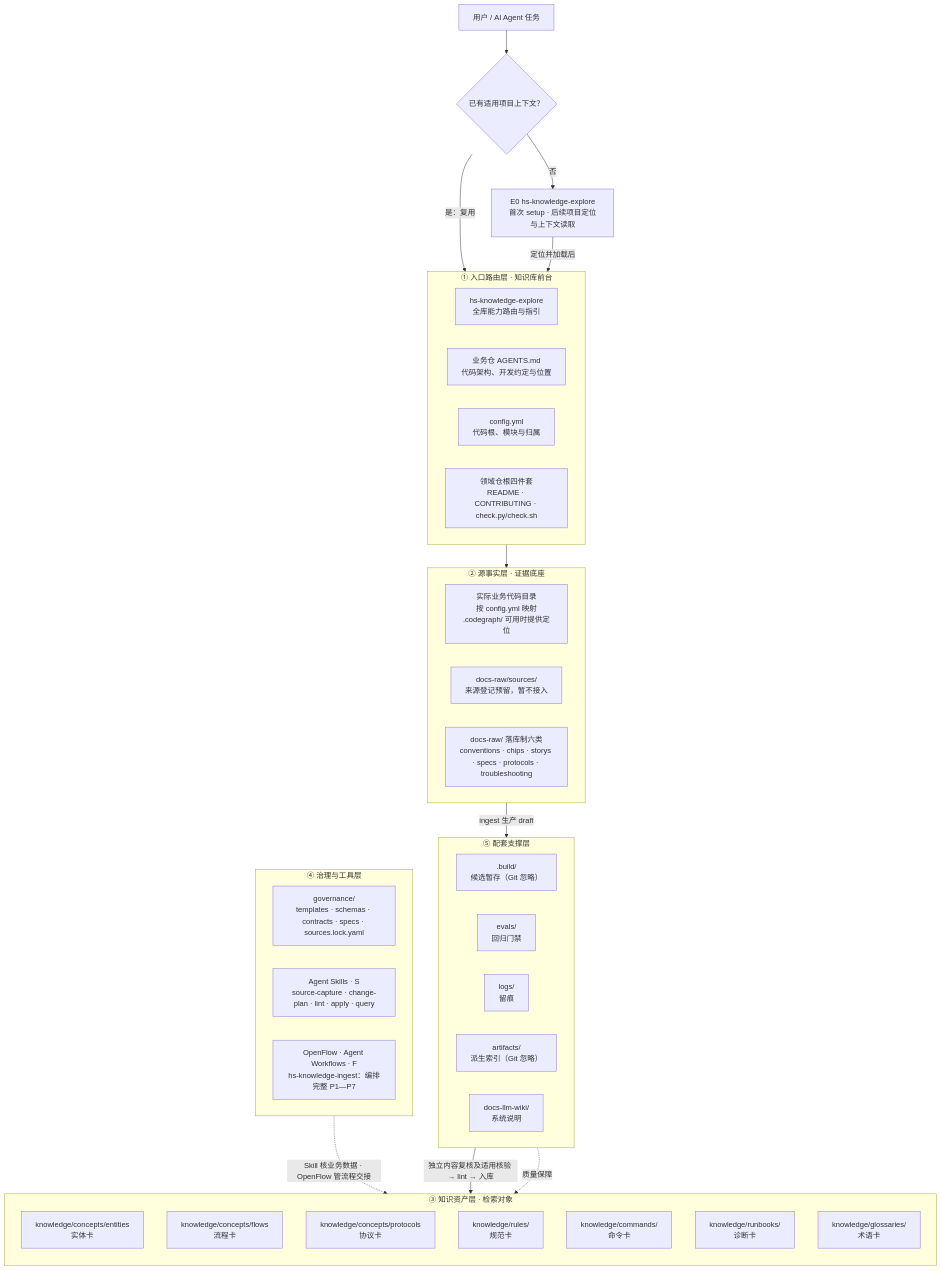
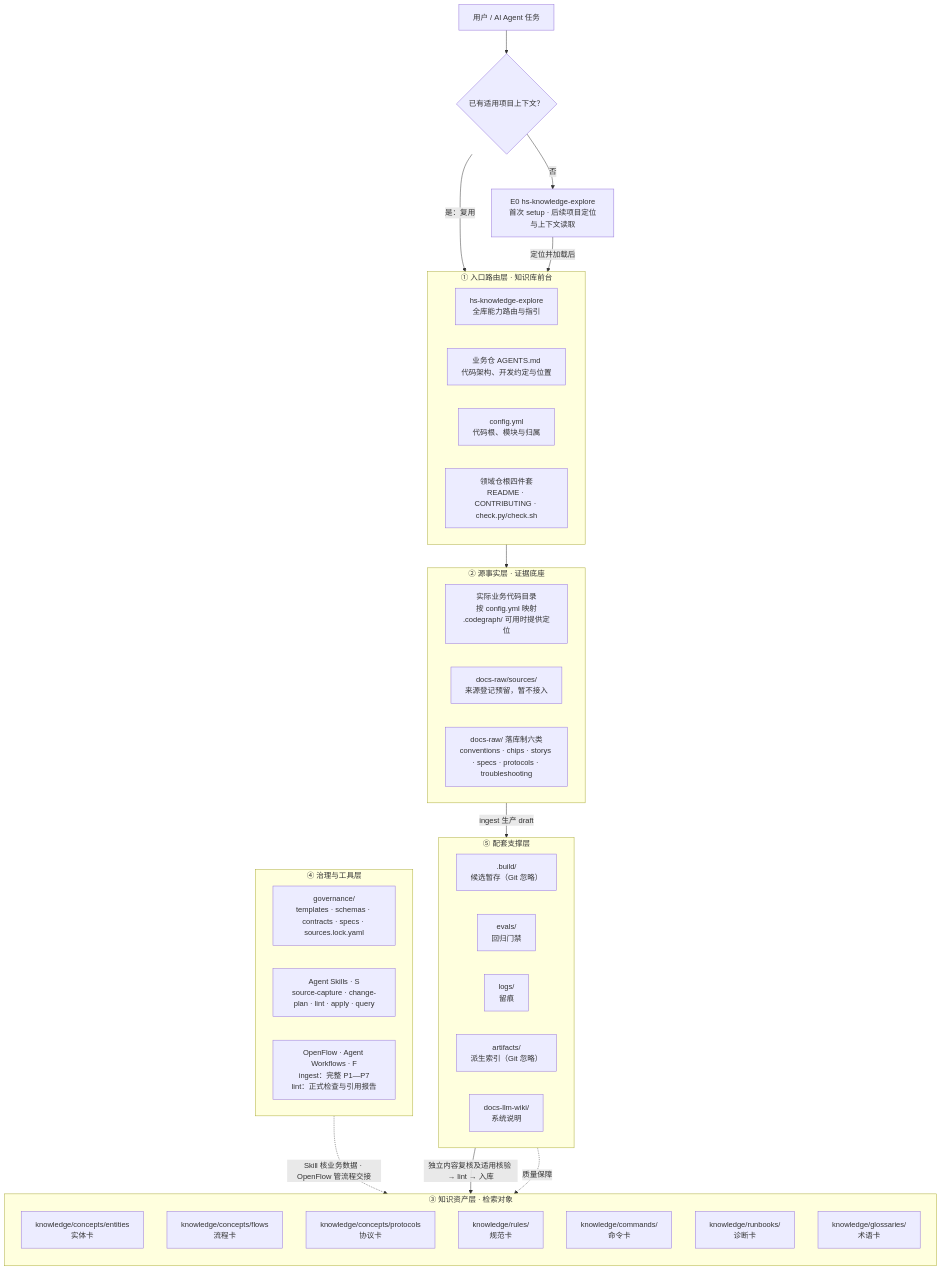
Before and after one commit to Robin-hhc/FactumCore: the first of 8 diagrams in himate-knowledge-wifi-mp/docs-llm-wiki/HiMate知识库架构设计.md, drawn with Mermaid. The commit also changed other lines of this file and 20 other files, not shown here.

````diff
--- a/himate-knowledge-wifi-mp/docs-llm-wiki/HiMate知识库架构设计.md
+++ b/himate-knowledge-wifi-mp/docs-llm-wiki/HiMate知识库架构设计.md
@@ -131,58 +132,58 @@
 ```mermaid
 flowchart TB
     U["用户 / AI Agent 任务"]
     C0{"已有适用项目上下文？"}
     E0["E0 hs-knowledge-explore<br />首次 setup · 后续项目定位与上下文读取"]
 
     subgraph S1["① 入口路由层 · 知识库前台"]
         direction LR
         A1["hs-knowledge-explore<br />全库能力路由与指引"]
         A2["业务仓 AGENTS.md<br />代码架构、开发约定与位置"]
         A3["config.yml<br />代码根、模块与归属"]
         A4["领域仓根四件套<br />README · CONTRIBUTING · check.py/check.sh"]
     end
 
     subgraph S2["② 源事实层 · 证据底座"]
         direction LR
         B1["实际业务代码目录<br />按 config.yml 映射<br />.codegraph/ 可用时提供定位"]
         B2["docs-raw/sources/<br />来源登记预留，暂不接入"]
         B3["docs-raw/ 落库制六类<br />conventions · chips · storys · specs · protocols · troubleshooting"]
     end
 
     subgraph S3["③ 知识资产层 · 检索对象"]
         direction TB
         C1["knowledge/concepts/entities<br />实体卡"]
         C2["knowledge/concepts/flows<br />流程卡"]
         C3["knowledge/concepts/protocols<br />协议卡"]
         C4["knowledge/rules/<br />规范卡"]
         C5["knowledge/commands/<br />命令卡"]
         C6["knowledge/runbooks/<br />诊断卡"]
         C7["knowledge/glossaries/<br />术语卡"]
     end
 
     subgraph S4["④ 治理与工具层"]
         direction LR
         D1["governance/<br />templates · schemas · contracts · specs · sources.lock.yaml"]
         D2["Agent Skills · S<br />source-capture · change-plan · lint · apply · query"]
-        D3["OpenFlow · Agent Workflows · F<br />hs-knowledge-ingest：编排完整 P1—P7"]
+        D3["OpenFlow · Agent Workflows · F<br />ingest：完整 P1—P7<br />lint：正式检查与引用报告"]
     end
 
     subgraph S5["⑤ 配套支撑层"]
         direction LR
         E1[".build/<br />候选暂存（Git 忽略）"]
         E2["evals/<br />回归门禁"]
         E3["logs/<br />留痕"]
         E4["artifacts/<br />派生索引（Git 忽略）"]
         E5["docs-llm-wiki/<br />系统说明"]
     end
 
     U --> C0
     C0 -->|"是：复用"| S1
     C0 -->|"否"| E0
     E0 -->|"定位并加载后"| S1
     S1 --> S2
     S2 -->|"ingest 生产 draft"| E1
     E1 -->|"独立内容复核及适用核验 → lint → 入库"| S3
     S4 -.->|"Skill 核业务数据 · OpenFlow 管流程交接"| S3
     S5 -.->|"质量保障"| S3
 ```
````
